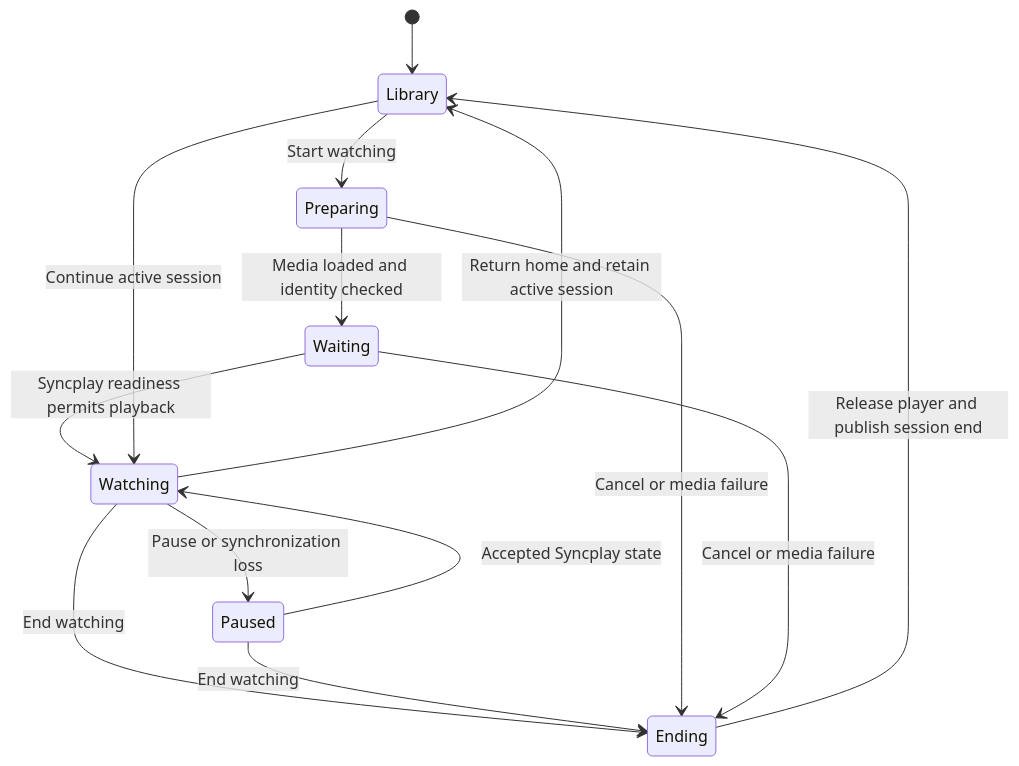
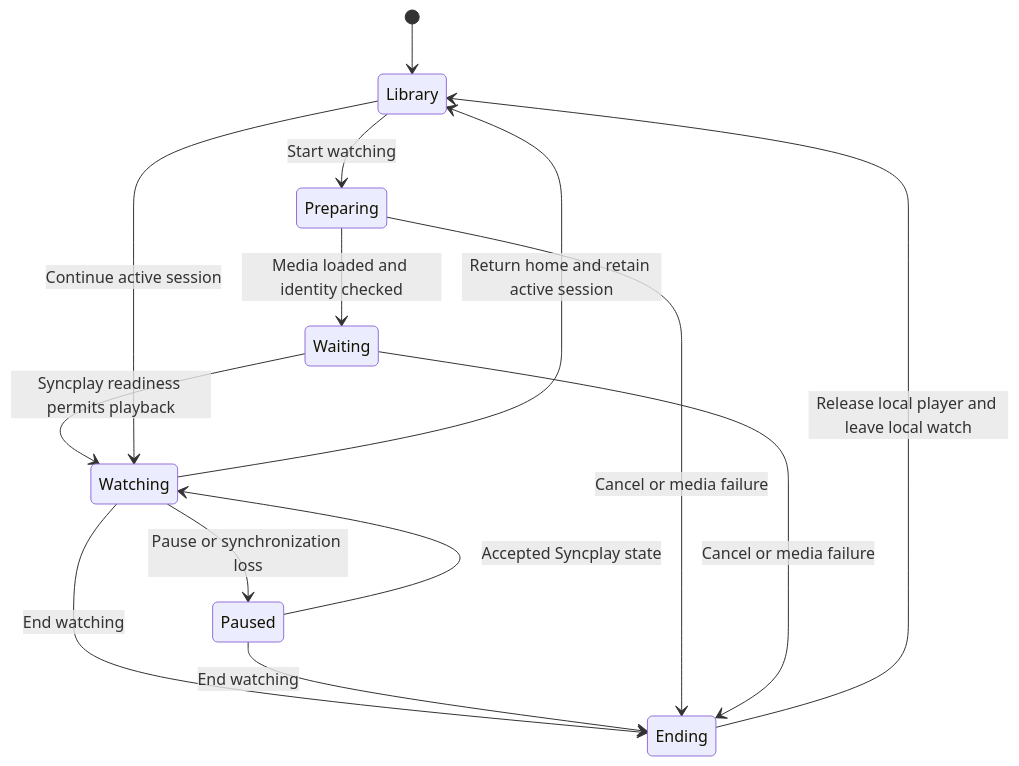
One commit to allnes/syncwatch-2 changed the second of 2 diagrams in docs/architecture/README.md. Above: the diagram before and after it, drawn with Mermaid. The commit also changed other lines of this file and 18 other files, not shown here.

````diff
--- a/docs/architecture/README.md
+++ b/docs/architecture/README.md
@@ -77,16 +77,16 @@
 ```mermaid
 stateDiagram-v2
     [*] --> Library
     Library --> Preparing: Start watching
     Preparing --> Waiting: Media loaded and identity checked
     Waiting --> Watching: Syncplay readiness permits playback
     Watching --> Paused: Pause or synchronization loss
     Paused --> Watching: Accepted Syncplay state
     Watching --> Library: Return home and retain active session
     Library --> Watching: Continue active session
     Watching --> Ending: End watching
     Paused --> Ending: End watching
     Preparing --> Ending: Cancel or media failure
     Waiting --> Ending: Cancel or media failure
-    Ending --> Library: Release player and publish session end
+    Ending --> Library: Release local player and leave local watch
 ```
````
